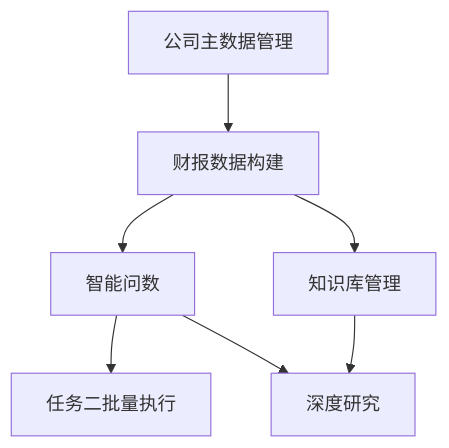
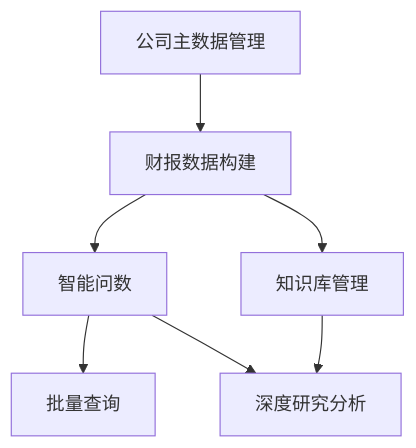
One commit to ddll8023/taidi changed the third of 4 diagrams in doc/模块说明文档.md. Above: the diagram before and after it, drawn with Mermaid. The commit also changed other lines of this file and 20 other files, not shown here.

````diff
--- a/doc/模块说明文档.md
+++ b/doc/模块说明文档.md
@@ -281,9 +287,9 @@
 ```mermaid
 graph TD
     A[公司主数据管理] --> B[财报数据构建]
     B --> C[智能问数]
-    C --> D[任务二批量执行]
+    C --> D[批量查询]
     B --> E[知识库管理]
-    E --> F[深度研究]
+    E --> F[深度研究分析]
     C --> F
 ```
````
